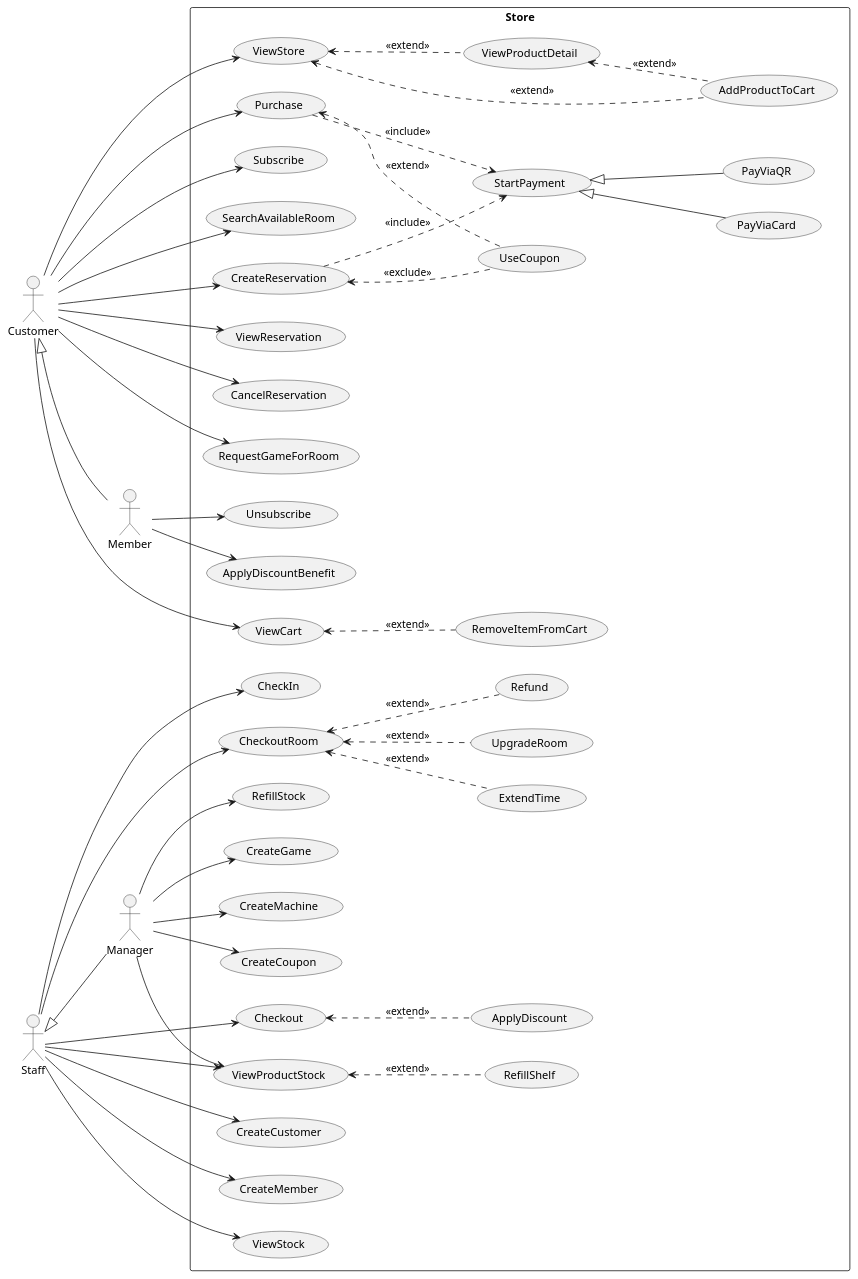
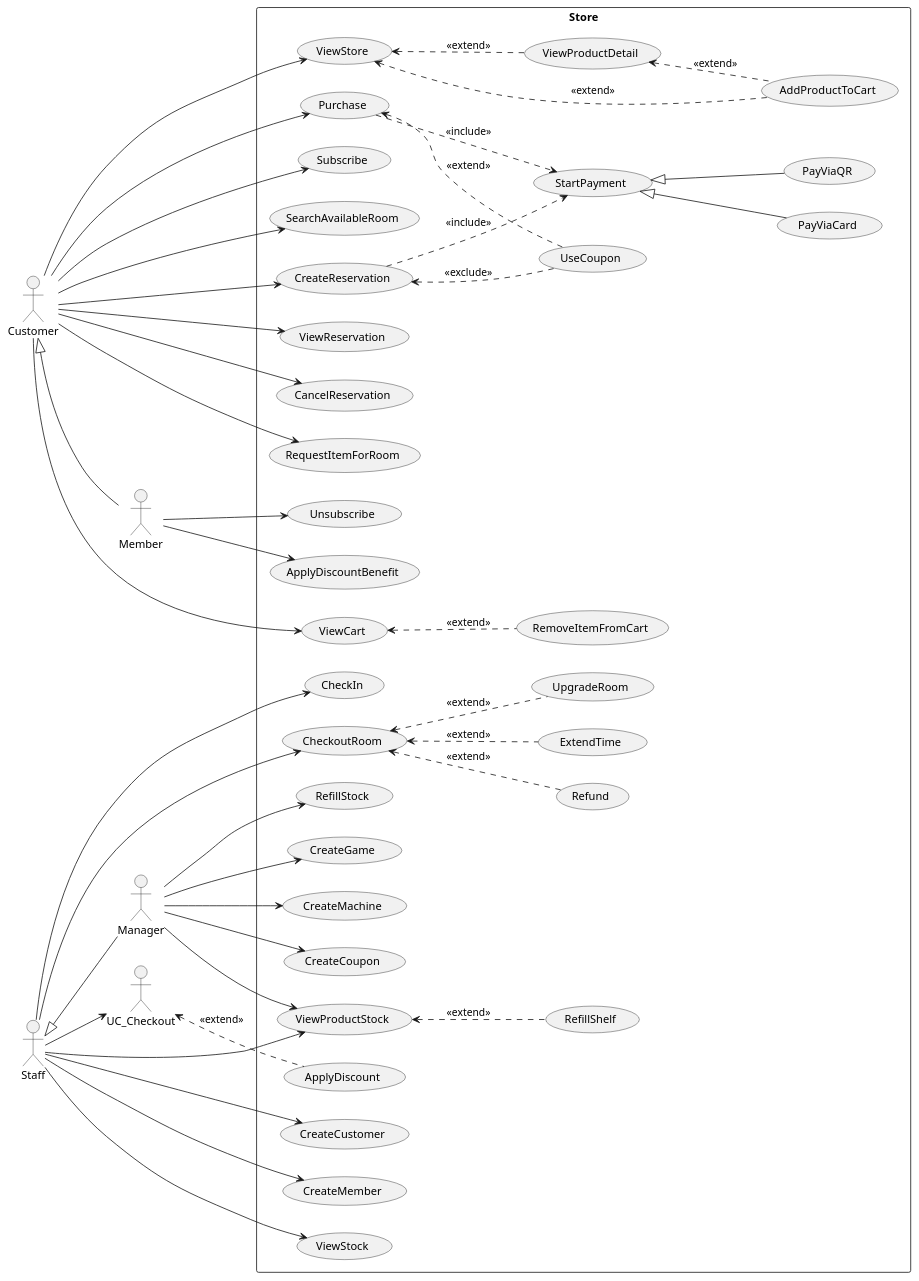
Before and after one commit to WaroonRagwongsiri/OOP_Project: the diagram in UseCaseDiagram/usecase_diagram.puml, drawn with PlantUML.

Commit message:
Revised usecase diagram

```diff
--- a/UseCaseDiagram/usecase_diagram.puml
+++ b/UseCaseDiagram/usecase_diagram.puml
@@ -1,121 +1,120 @@
 @startuml UseCaseDiagram
 left to right direction
 
 ' =========================
 ' Actors (from hierarchy in Class Diagram)
 ' =========================
 actor "Customer" as A_Customer
 actor "Member" as A_Member
 actor "Staff" as A_Staff
 actor "Manager" as A_Manager
 
 A_Customer <|-- A_Member
 A_Staff <|-- A_Manager
 
 rectangle "Store" {
 
 	'Customer'
 	usecase "AddProductToCart" as UC_AddProductToCart
 	usecase "ViewCart" as UC_ViewCart
 	usecase "RemoveItemFromCart" as UC_RemoveItemFromCart
 	usecase "ViewStore" as UC_ViewStore
 	usecase "ViewProductDetail" as UC_ViewProductDetail
 	usecase "Purchase" as UC_Purchase
 	usecase "UseCoupon" as UC_UseCoupon
 	usecase "Subscribe" as UC_Subscribe
 
 	'Payment'
 	usecase "StartPayment" as UC_StartPayment
 	usecase "PayViaCard" as UC_PayViaCard
 	usecase "PayViaQR" as UC_PayViaQR
 
 	'Member'
 	usecase "ApplyDiscountBenefit" as UC_ApplyDiscountBenefit
 	usecase "Unsubscribe" as UC_Unsubscribe
 
 	'Staff'
-	usecase "Checkout" as UC_Checkout
 	usecase "ApplyDiscount" as UC_ApplyDiscount
 	usecase "CreateCustomer" as UC_CreateCustomer
 	usecase "CreateMember" as UC_CreateMember
 
 	'Manager'
 	usecase "CreateGame" as UC_CreateGame
 	usecase "CreateMachine" as UC_CreateMachine
 	usecase "ViewProductStock" as UC_ViewProductStock
 	usecase "RefillShelf" as UC_RefillShelf
 	usecase "CreateCoupon" as UC_CreateCoupon
 	usecase "RefillStock" as UC_RefillStock
 	usecase "ViewStock" as UC_ViewStock
 
 	'Room Reservation'
 	usecase "SearchAvailableRoom" as UC_SearchAvailableRoom
 	usecase "CreateReservation" as UC_CreateReservation
 	usecase "ViewReservation" as UC_ViewReservation
 	usecase "CancelReservation" as UC_CancelReservation
 	usecase "CheckIn" as UC_CheckIn
 	usecase "ExtendTime" as UC_ExtendTime
 	usecase "UpgradeRoom" as UC_UpgradeRoom
 	usecase "CheckoutRoom" as UC_CheckoutRoom
 	usecase "Refund" as UC_Refund
-	usecase "RequestGameForRoom" as UC_RequestGameForRoom
+	usecase "RequestItemForRoom" as UC_RequestItemForRoom
 }
 
 'Customer'
 A_Customer --> UC_ViewCart
 A_Customer --> UC_ViewStore
 A_Customer --> UC_Purchase
 A_Customer --> UC_Subscribe
-A_Customer --> UC_RequestGameForRoom
+A_Customer --> UC_RequestItemForRoom
 
 UC_ViewStore <.. UC_AddProductToCart : <<extend>>
 UC_ViewStore <.. UC_ViewProductDetail : <<extend>>
 
 UC_ViewProductDetail <.. UC_AddProductToCart : <<extend>>
 
 UC_ViewCart <.. UC_RemoveItemFromCart : <<extend>>
 
 UC_Purchase <.. UC_UseCoupon : <<extend>>
 UC_Purchase ..> UC_StartPayment : <<include>>
 
 'Payment'
 UC_StartPayment <|-- UC_PayViaCard
 UC_StartPayment <|-- UC_PayViaQR
 
 'Member'
 A_Member --> UC_ApplyDiscountBenefit
 A_Member --> UC_Unsubscribe
 
 'Staff'
 A_Staff --> UC_Checkout
 A_Staff --> UC_ViewProductStock
 A_Staff --> UC_CreateCustomer
 A_Staff --> UC_CreateMember
 A_Staff --> UC_CheckIn
 A_Staff --> UC_CheckoutRoom
 A_Staff --> UC_ViewStock
 
 UC_CheckoutRoom <.. UC_Refund : <<extend>>
 UC_CheckoutRoom <.. UC_ExtendTime : <<extend>>
 UC_CheckoutRoom <.. UC_UpgradeRoom : <<extend>>
 
 UC_Checkout <.. UC_ApplyDiscount : <<extend>>
 UC_ViewProductStock <.. UC_RefillShelf : <<extend>>
 
 'Manager'
 A_Manager --> UC_CreateCoupon
 A_Manager --> UC_ViewProductStock
 A_Manager --> UC_CreateGame
 A_Manager --> UC_CreateMachine
 A_Manager --> UC_RefillStock
 
 'Customer / Member Reservation
 A_Customer --> UC_SearchAvailableRoom
 A_Customer --> UC_CreateReservation
 A_Customer --> UC_ViewReservation
 A_Customer --> UC_CancelReservation
 
 UC_CreateReservation ..> UC_StartPayment : <<include>>
 UC_CreateReservation <.. UC_UseCoupon : <<exclude>>
 
 @enduml
```
